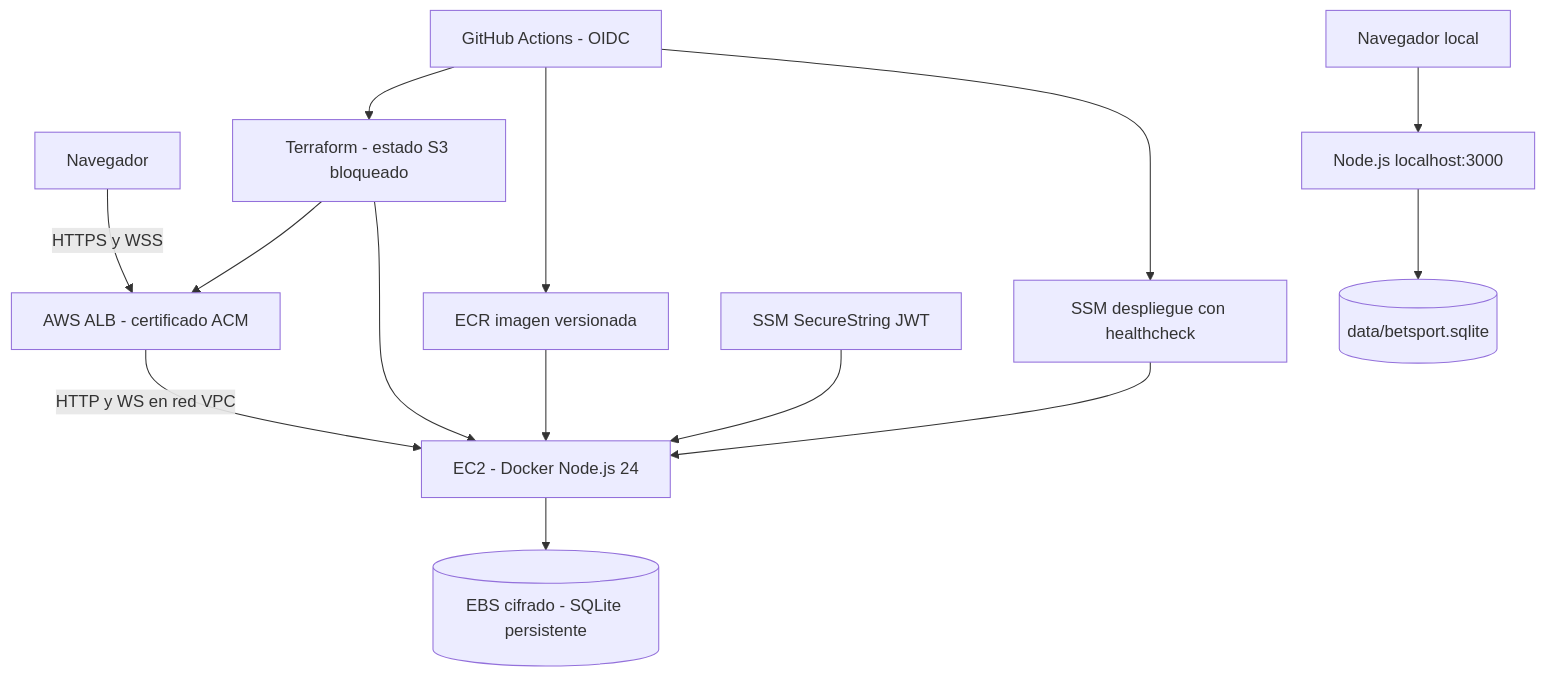
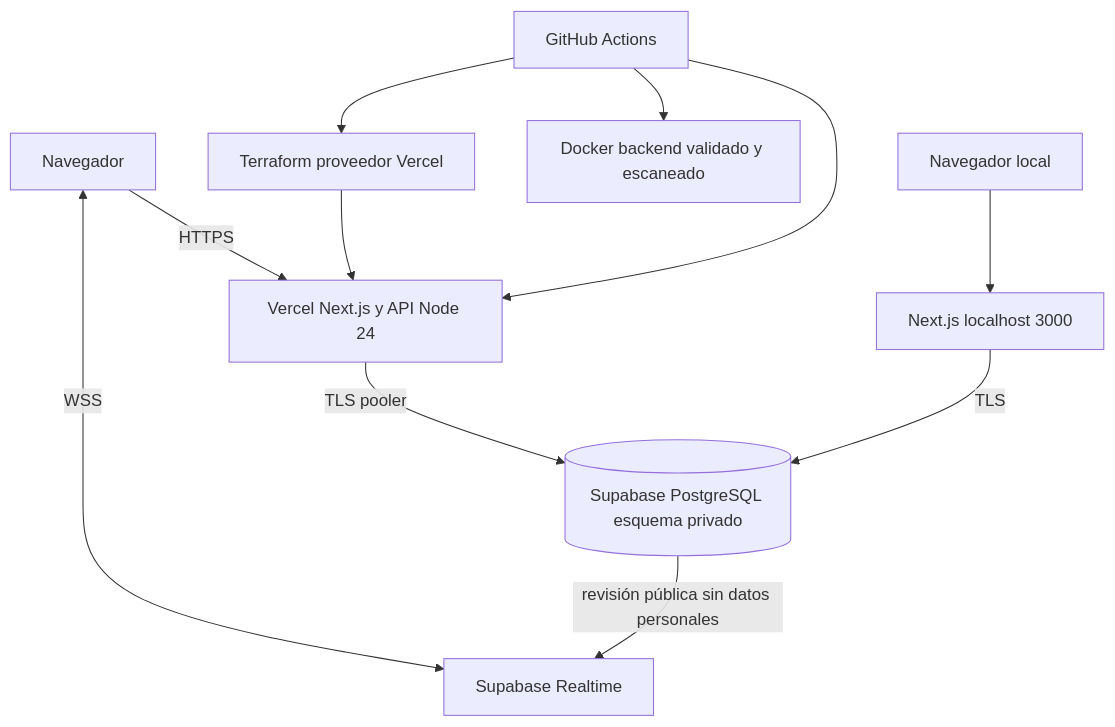
One commit to UPT-FAING-EPIS/si784-2026-ii-si784-2026-ii-examen-u1-miltom123 changed the fourth of 4 diagrams in docs/DOCUMENTACION_SISTEMA.md. Above: the diagram before and after it, drawn with Mermaid. The commit also changed other lines of this file and 17 other files, not shown here.

````diff
--- a/docs/DOCUMENTACION_SISTEMA.md
+++ b/docs/DOCUMENTACION_SISTEMA.md
@@ -340,16 +511,13 @@
 ```mermaid
 flowchart TB
-  Browser[Navegador] -->|HTTPS y WSS| ALB[AWS ALB - certificado ACM]
-  ALB -->|HTTP y WS en red VPC| EC2[EC2 - Docker Node.js 24]
-  EC2 --> EBS[(EBS cifrado - SQLite persistente)]
-  ECR[ECR imagen versionada] --> EC2
-  GH[GitHub Actions - OIDC] --> TF[Terraform - estado S3 bloqueado]
-  TF --> ALB
-  TF --> EC2
-  GH --> ECR
-  GH --> SSM[SSM despliegue con healthcheck]
-  SSM --> EC2
-  SECRET[SSM SecureString JWT] --> EC2
-  Local[Navegador local] --> Node[Node.js localhost:3000]
-  Node --> File[(data/betsport.sqlite)]
+  Browser[Navegador] -->|HTTPS| VC[Vercel Next.js y API Node 24]
+  Browser <-->|WSS| RT[Supabase Realtime]
+  VC -->|TLS pooler| PG[(Supabase PostgreSQL esquema privado)]
+  PG -->|revisión pública sin datos personales| RT
+  GH[GitHub Actions] --> TF[Terraform proveedor Vercel]
+  TF --> VC
+  GH --> VC
+  GH --> IMG[Docker backend validado y escaneado]
+  Local[Navegador local] --> Node[Next.js localhost 3000]
+  Node -->|TLS| PG
 ```
````
